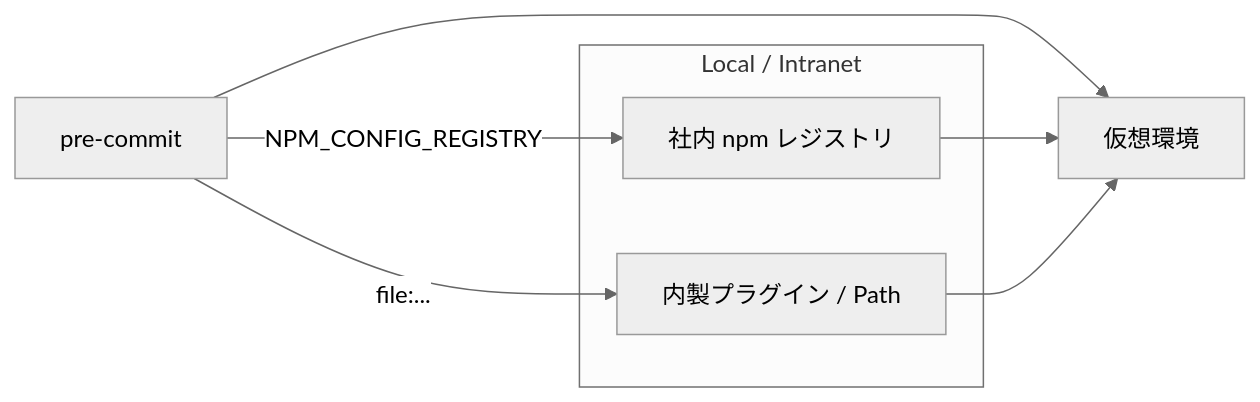
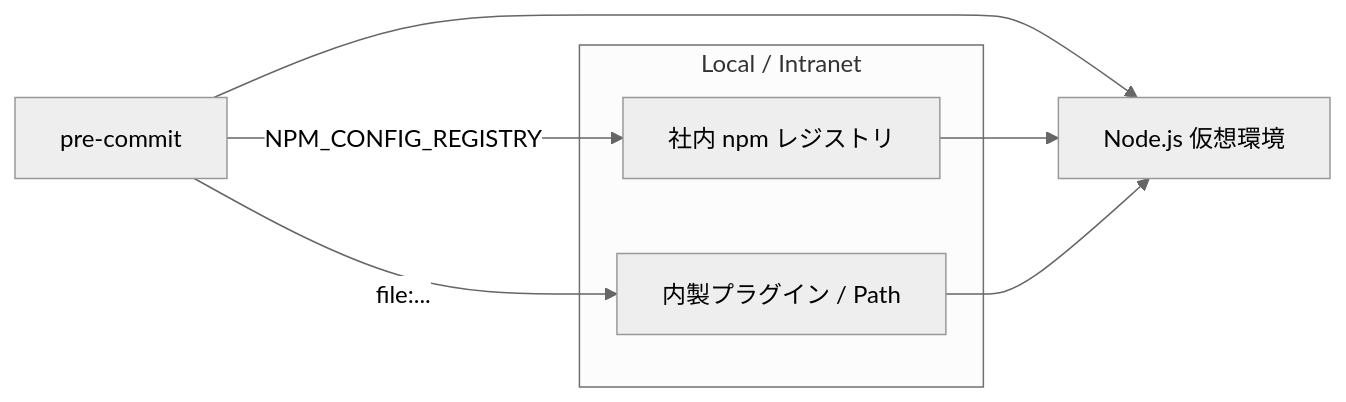
The seventh of 7 diagrams in docs/ARCHITECTURE.md (masanori-satake/refactoring-battle-arena), drawn with Mermaid (neutral theme) before and after one commit. The commit also changed other lines of this file and 2 other files, not shown here.

Commit message:
ドキュメントの内容を改善し、仮想環境に関する説明を明確化しました。また、関連するMermaid図を更新しました。

````diff
--- a/docs/ARCHITECTURE.md
+++ b/docs/ARCHITECTURE.md
@@ -276,14 +276,14 @@
 ```mermaid
 graph LR
     subgraph "Local / Intranet"
         PLUGIN[内製プラグイン / Path]
         REGISTRY[社内 npm レジストリ]
     end
 
     PC[pre-commit] -- "NPM_CONFIG_REGISTRY" --> REGISTRY
     PC -- "file:..." --> PLUGIN
 
-    PC --> ENV[仮想環境]
+    PC --> ENV[Node.js 仮想環境]
     REGISTRY --> ENV
     PLUGIN --> ENV
 ```
````
